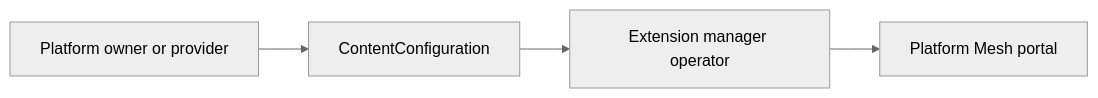
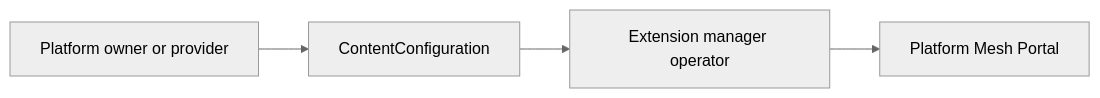
Before and after one commit to platform-mesh/platform-mesh.github.io: the diagram in reference/resources/content-configuration.md, drawn with Mermaid (neutral theme). The commit also changed other lines of this file and 29 other files, not shown here.

First line of the commit message:
updated format for docs, added color to diagrams

````diff
--- a/reference/resources/content-configuration.md
+++ b/reference/resources/content-configuration.md
@@ -24,11 +73,11 @@
 ```mermaid
 flowchart LR
     Author["Platform owner or provider"]
     Config["ContentConfiguration"]
     Extension["Extension manager operator"]
-    Portal["Platform Mesh portal"]
+    Portal["Platform Mesh Portal"]
 
     Author --> Config
     Config --> Extension
     Extension --> Portal
 ```
````
